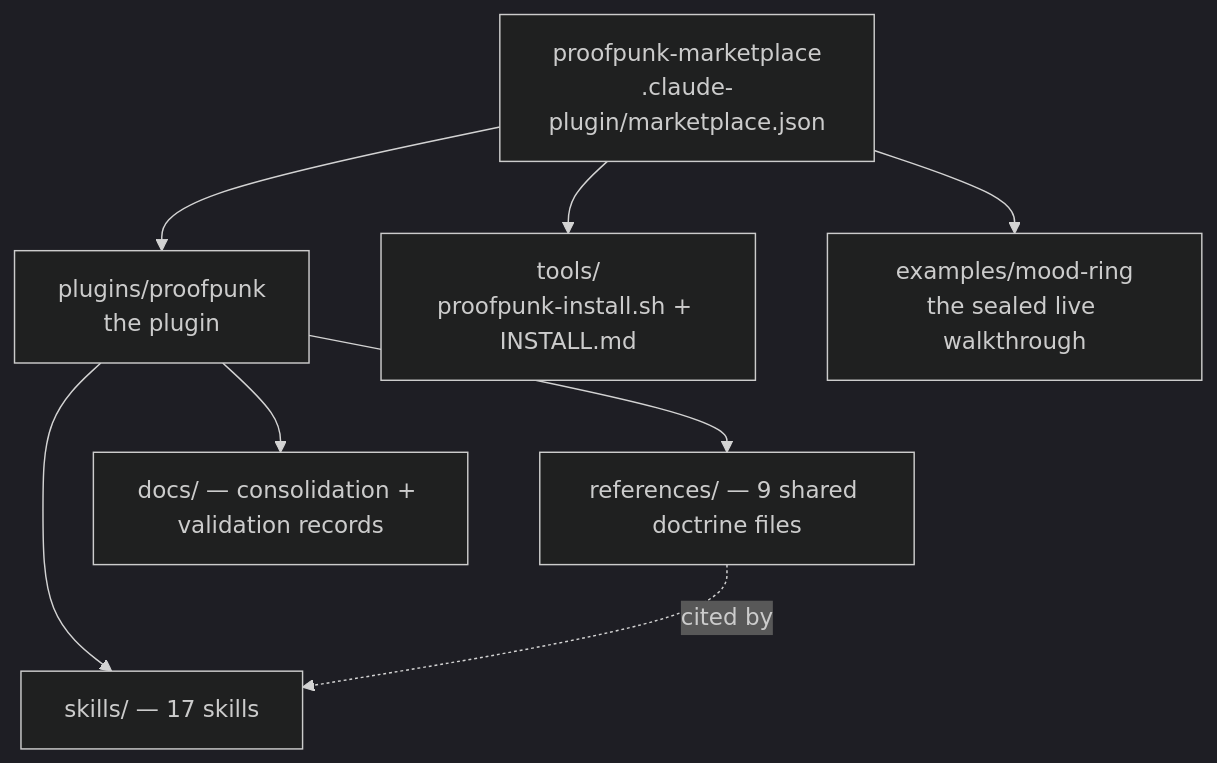
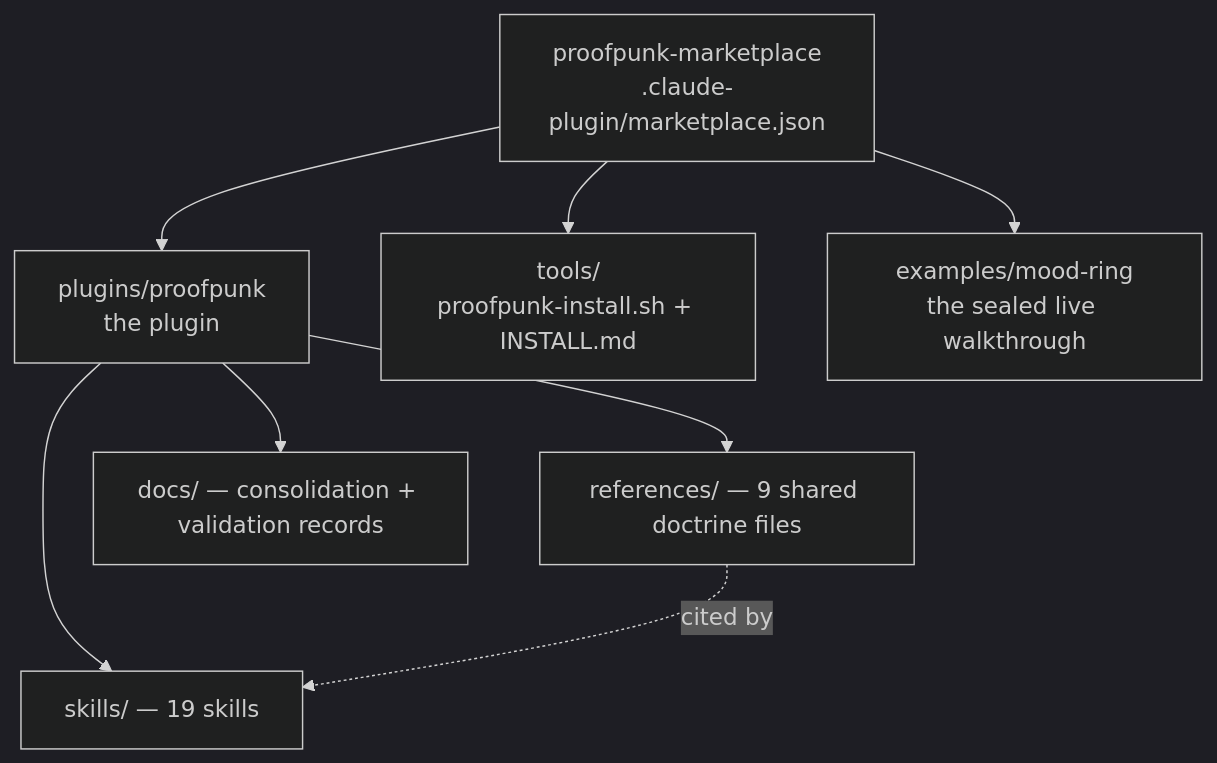
The first of 5 diagrams in README.md (krzemienski/proofpunk), drawn with Mermaid (dark theme) before and after one commit. The commit also changed other lines of this file and 1 other file, not shown here.

Commit message:
README: fix stale 17-skill labels (installer line + marketplace diagram) → 19

````diff
--- a/README.md
+++ b/README.md
@@ -450,11 +450,11 @@
 ```mermaid
 graph TD
     M["proofpunk-marketplace<br/>.claude-plugin/marketplace.json"]
     M --> P["plugins/proofpunk<br/>the plugin"]
     M --> T["tools/<br/>proofpunk-install.sh + INSTALL.md"]
     M --> E["examples/mood-ring<br/>the sealed live walkthrough"]
-    P --> S["skills/ — 17 skills"]
+    P --> S["skills/ — 19 skills"]
     P --> R["references/ — 9 shared doctrine files"]
     P --> D["docs/ — consolidation + validation records"]
     R -.->|cited by| S
 ```
````
